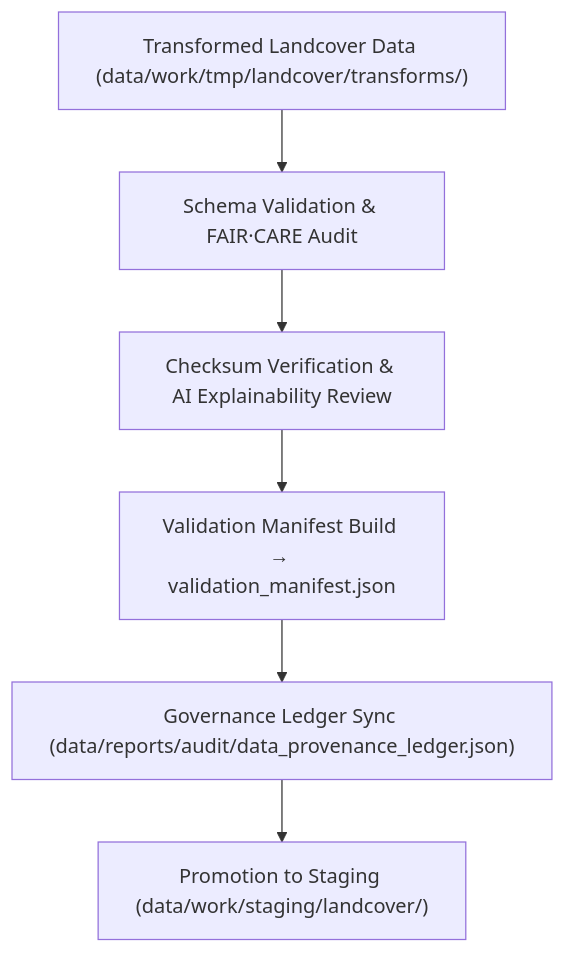
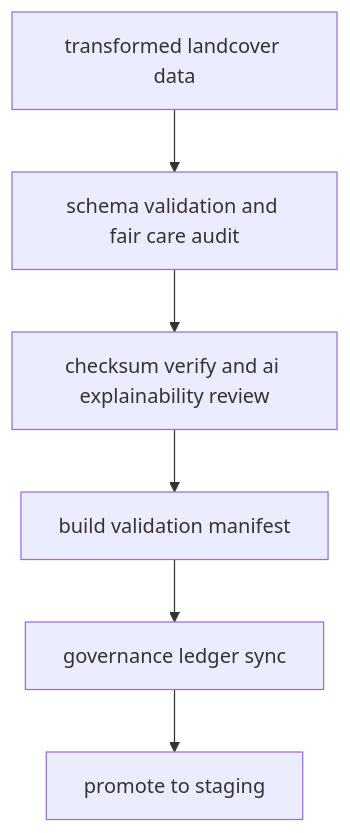
One commit to bartytime4life/Kansas-Frontier-Matrix changed the diagram in data/work/tmp/landcover/validation/README.md. Above: the diagram before and after it, drawn with Mermaid. The commit also changed other lines of this file, not shown here.

First line of the commit message:
Upgrade README for Landcover TMP Validation Layer to v10.0.0

````diff
--- a/data/work/tmp/landcover/validation/README.md
+++ b/data/work/tmp/landcover/validation/README.md
@@ -67,8 +69,8 @@
 ```mermaid
 flowchart TD
-    A["Transformed Landcover Data (data/work/tmp/landcover/transforms/)"] --> B["Schema Validation & FAIR·CARE Audit"]
-    B --> C["Checksum Verification & AI Explainability Review"]
-    C --> D["Validation Manifest Build → validation_manifest.json"]
-    D --> E["Governance Ledger Sync (data/reports/audit/data_provenance_ledger.json)"]
-    E --> F["Promotion to Staging (data/work/staging/landcover/)"]
+    A[transformed landcover data] --> B[schema validation and fair care audit]
+    B --> C[checksum verify and ai explainability review]
+    C --> D[build validation manifest]
+    D --> E[governance ledger sync]
+    E --> F[promote to staging]
 ```
````
